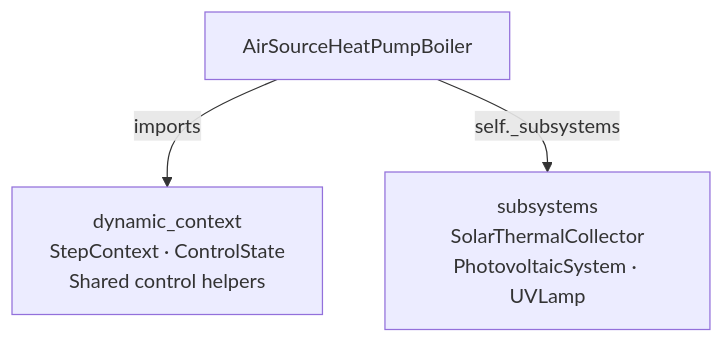
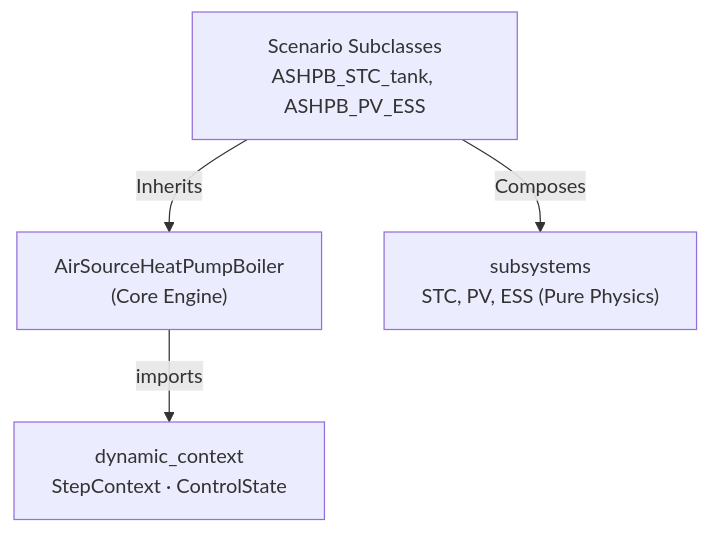
Before and after one commit to bet-lab/enex_analysis_engine: the first of 2 diagrams in docs/guides/air_source_heat_pump_boiler.md, drawn with Mermaid. The commit also changed other lines of this file and 4 other files, not shown here.

Commit message:
feat: introduce `ashpb_pv_ess` and refactor `PhotovoltaicSystem` into a stateless PV+charge controller, updating module imports and documentation.

````diff
--- a/docs/guides/air_source_heat_pump_boiler.md
+++ b/docs/guides/air_source_heat_pump_boiler.md
@@ -46,9 +46,11 @@
 ```mermaid
 graph TB
-  ASHPB["AirSourceHeatPumpBoiler"]
-  DC["dynamic_context<br/>StepContext · ControlState<br/>Shared control helpers"]
-  SS["subsystems<br/>SolarThermalCollector<br/>PhotovoltaicSystem · UVLamp"]
+  ASHPB["AirSourceHeatPumpBoiler<br/>(Core Engine)"]
+  DC["dynamic_context<br/>StepContext · ControlState"]
+  SCENARIOS["Scenario Subclasses<br/>ASHPB_STC_tank, ASHPB_PV_ESS"]
+  SS["subsystems<br/>STC, PV, ESS (Pure Physics)"]
 
   ASHPB -->|imports| DC
-  ASHPB -->|self._subsystems| SS
+  SCENARIOS --"Inherits"--> ASHPB
+  SCENARIOS --"Composes"--> SS
 ```
````
